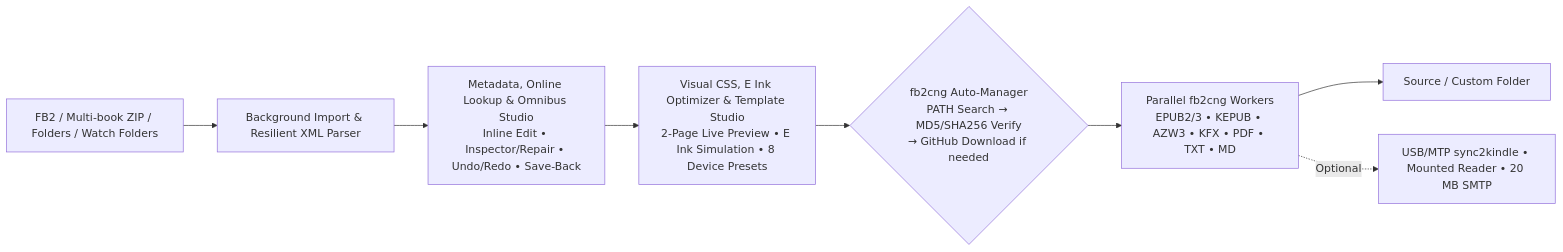
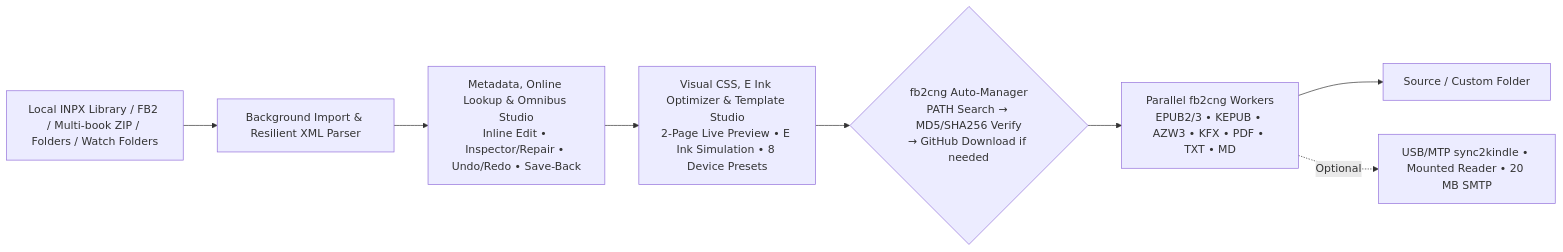
Before and after one commit to PDykun/fbc-gui: the diagram in README.md, drawn with Mermaid. The commit also changed other lines of this file and 4 other files, not shown here.

Commit message:
Update README.md with INPX Library comparison & fix Windows SQLite lock in tests (build 152)

````diff
--- a/README.md
+++ b/README.md
@@ -116,10 +126,10 @@
 ```mermaid
 flowchart LR
-    A[FB2 / Multi-book ZIP / Folders / Watch Folders] --> B[Background Import & Resilient XML Parser]
+    A[Local INPX Library / FB2 / Multi-book ZIP / Folders / Watch Folders] --> B[Background Import & Resilient XML Parser]
     B --> C[Metadata, Online Lookup & Omnibus Studio<br/>Inline Edit • Inspector/Repair • Undo/Redo • Save-Back]
     C --> D[Visual CSS, E Ink Optimizer & Template Studio<br/>2-Page Live Preview • E Ink Simulation • 8 Device Presets]
     D --> E{fb2cng Auto-Manager<br/>PATH Search → MD5/SHA256 Verify<br/>→ GitHub Download if needed}
     E --> F[Parallel fb2cng Workers<br/>EPUB2/3 • KEPUB • AZW3 • KFX • PDF • TXT • MD]
     F --> G[Source / Custom Folder]
     F -. Optional .-> H[USB/MTP sync2kindle • Mounted Reader • 20 MB SMTP]
 ```
````
